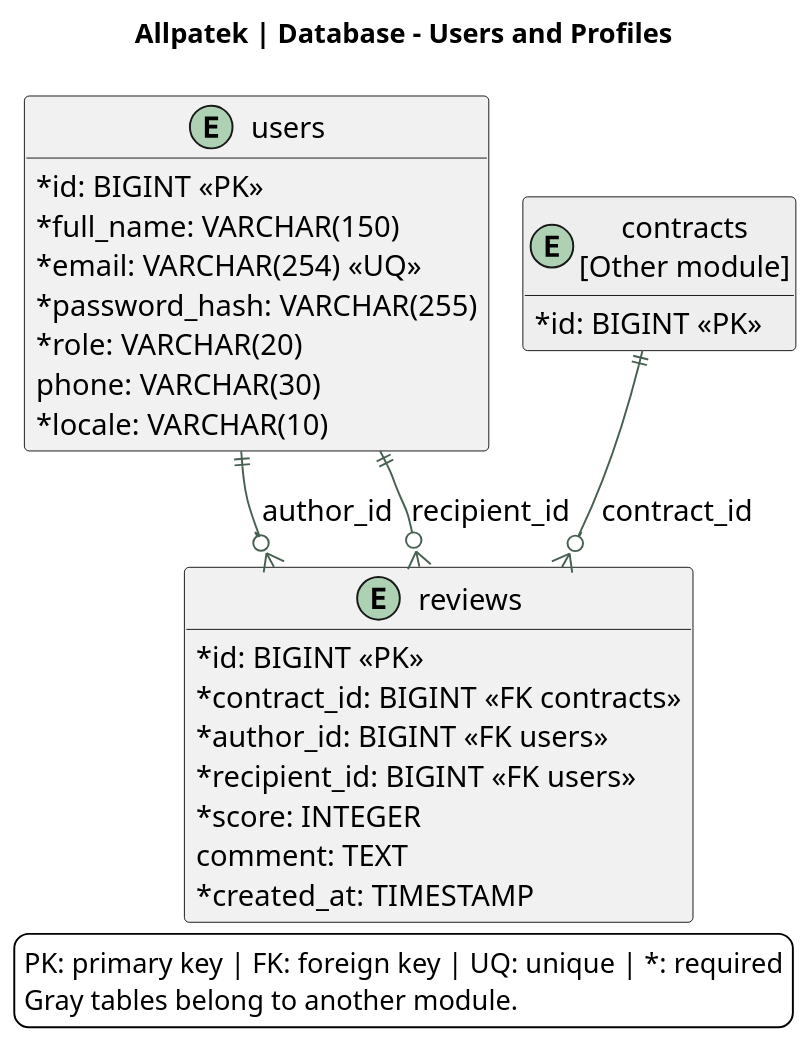
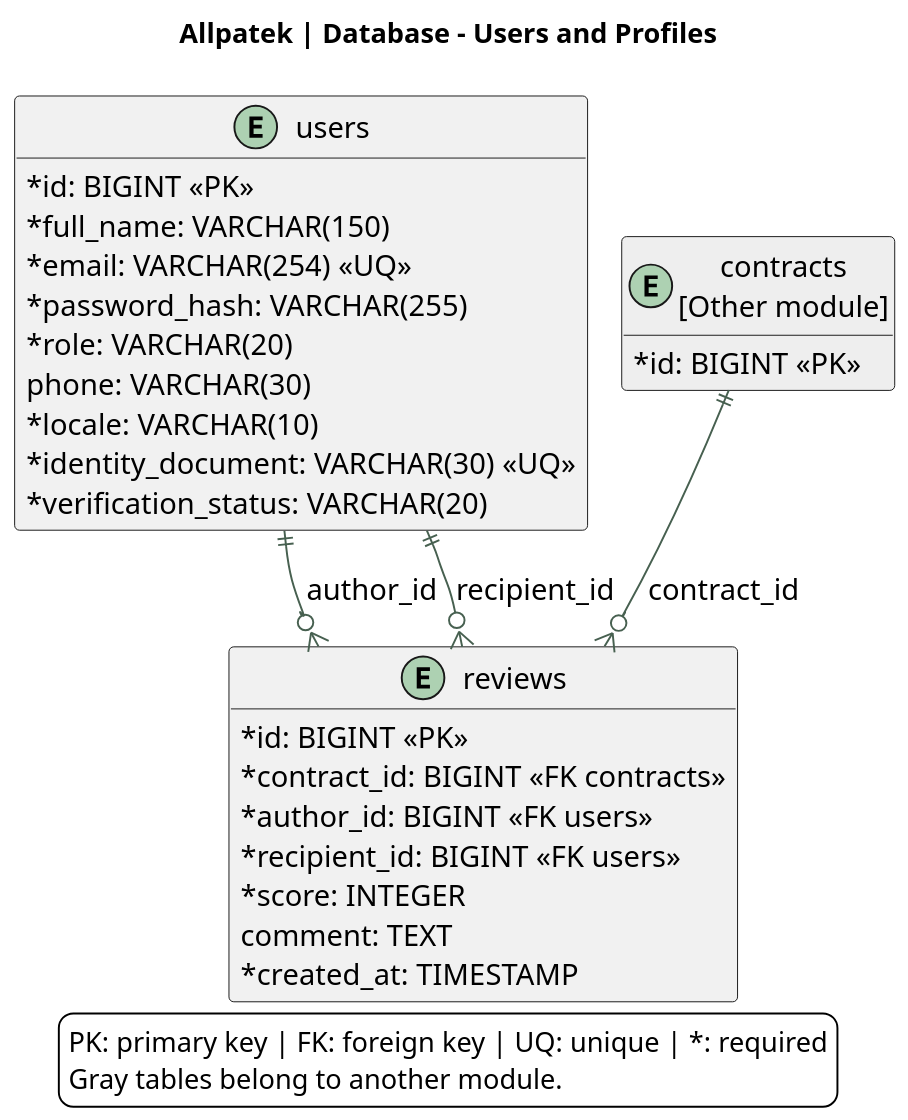
Before and after one commit to upc-pre-202620-1asi0729-7753-Terranova/allpatek-report: the diagram in assets/chapter-04/architecture/13-database-users.puml, drawn with PlantUML. The commit also changed 12 other files, not shown here.

Commit message:
docs(architecture): add verification and evidence fields

```diff
--- a/assets/chapter-04/architecture/13-database-users.puml
+++ b/assets/chapter-04/architecture/13-database-users.puml
@@ -1,41 +1,43 @@
 @startuml
 !pragma layout smetana
 skinparam backgroundColor white
 skinparam defaultFontName SansSerif
 skinparam defaultFontSize 15
 skinparam shadowing false
 skinparam classAttributeIconSize 0
 skinparam ArrowColor #476050
 skinparam dpi 140
 title Allpatek | Database - Users and Profiles
 top to bottom direction
 hide methods
 entity "users" as users {
  {field} * id: BIGINT <<PK>>
  {field} * full_name: VARCHAR(150)
  {field} * email: VARCHAR(254) <<UQ>>
  {field} * password_hash: VARCHAR(255)
  {field} * role: VARCHAR(20)
  {field} phone: VARCHAR(30)
  {field} * locale: VARCHAR(10)
+ {field} * identity_document: VARCHAR(30) <<UQ>>
+ {field} * verification_status: VARCHAR(20)
 }
 entity "reviews" as reviews {
  {field} * id: BIGINT <<PK>>
  {field} * contract_id: BIGINT <<FK contracts>>
  {field} * author_id: BIGINT <<FK users>>
  {field} * recipient_id: BIGINT <<FK users>>
  {field} * score: INTEGER
  {field} comment: TEXT
  {field} * created_at: TIMESTAMP
 }
 entity "contracts\n[Other module]" as contracts #EEEEEE {
  * id: BIGINT <<PK>>
 }
 contracts ||--o{ reviews : contract_id
 users ||--o{ reviews : author_id
 users ||--o{ reviews : recipient_id
 legend bottom
 PK: primary key | FK: foreign key | UQ: unique | *: required
 Gray tables belong to another module.
 endlegend
 @enduml
```
